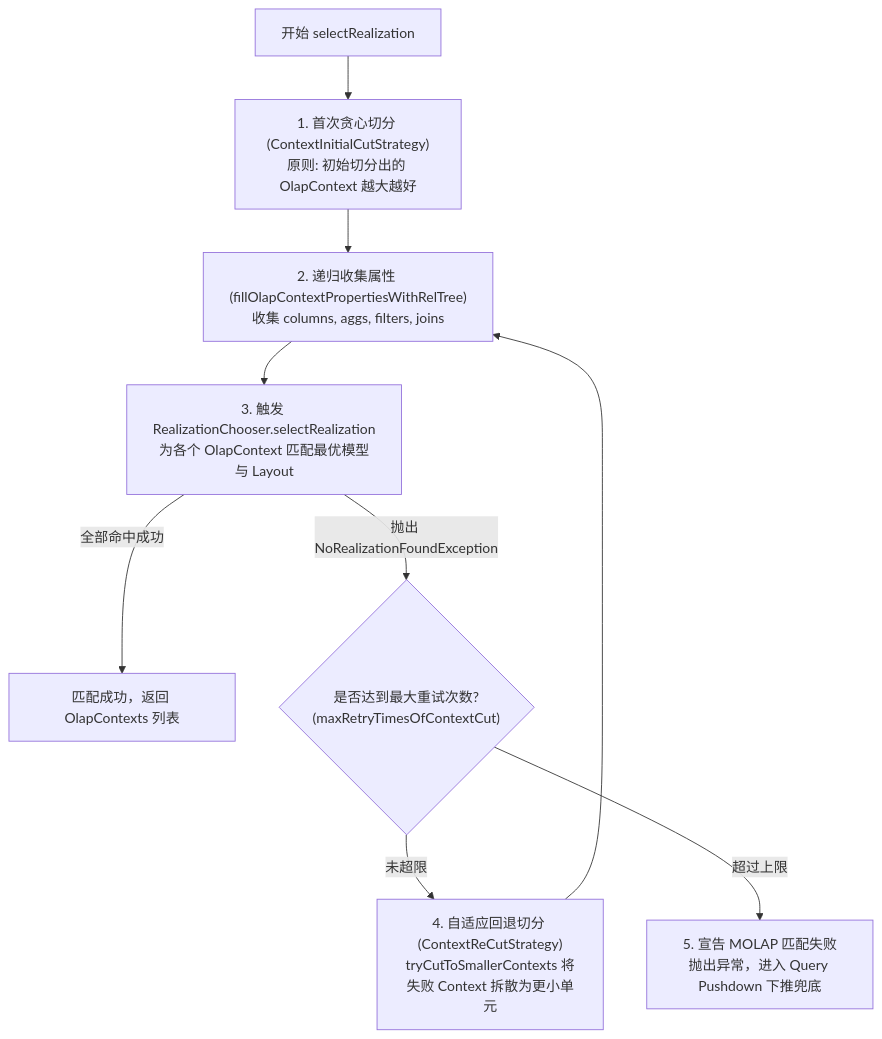
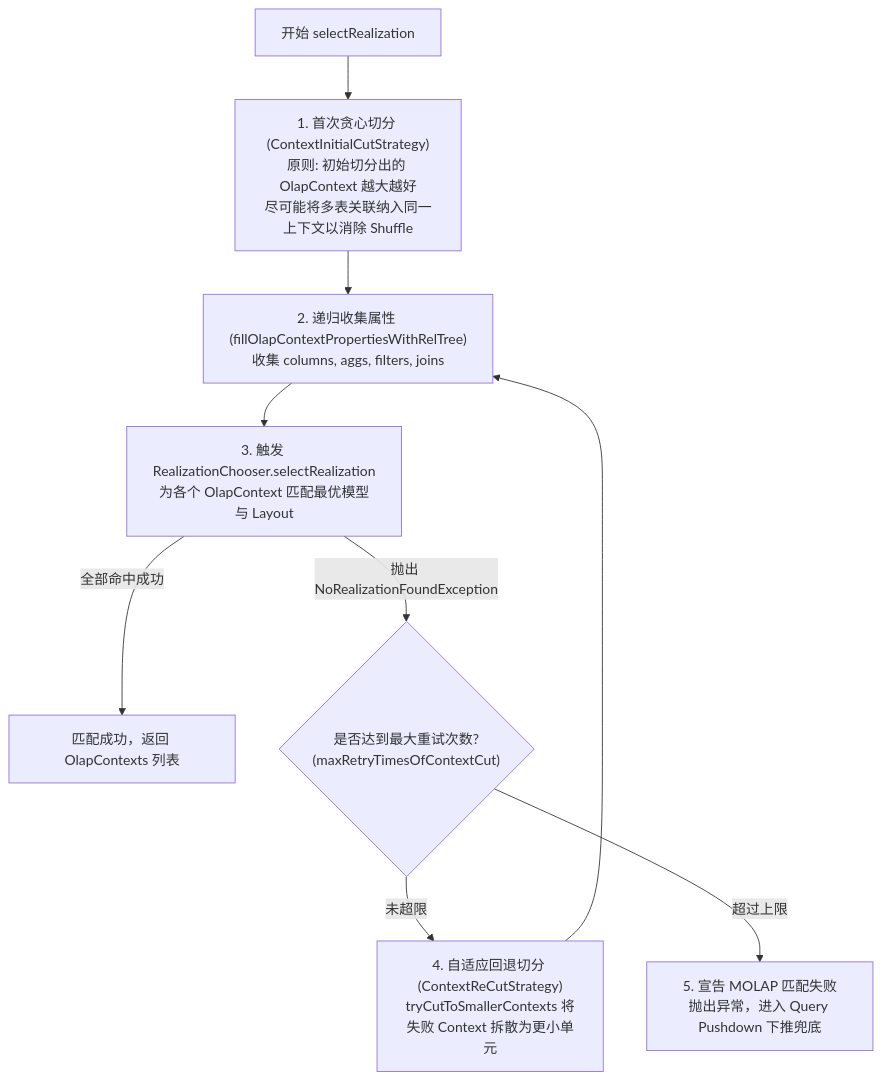
Before and after one commit to Mrhs121/mrhs121.github.io: the second of 4 diagrams in posts/2026-08-18-kylin-query-engine-03-olap-context-and-cbo.md, drawn with Mermaid. The commit also changed other lines of this file and 6 other files, not shown here.

````diff
--- a/posts/2026-08-18-kylin-query-engine-03-olap-context-and-cbo.md
+++ b/posts/2026-08-18-kylin-query-engine-03-olap-context-and-cbo.md
@@ -86,17 +87,17 @@
 ```mermaid
 flowchart TD
-    Start["开始 selectRealization"] --> InitialCut["1. 首次贪心切分 (ContextInitialCutStrategy)<br/>原则: 初始切分出的 OlapContext 越大越好"]
+    Start["开始 selectRealization"] --> InitialCut["1. 首次贪心切分 (ContextInitialCutStrategy)<br/>原则: 初始切分出的 OlapContext 越大越好<br/>尽可能将多表关联纳入同一上下文以消除 Shuffle"]
     
     InitialCut --> FillProp["2. 递归收集属性 (fillOlapContextPropertiesWithRelTree)<br/>收集 columns, aggs, filters, joins"]
     
     FillProp --> Choose["3. 触发 RealizationChooser.selectRealization<br/>为各个 OlapContext 匹配最优模型与 Layout"]
     
     Choose -- 全部命中成功 --> Success["匹配成功，返回 OlapContexts 列表"]
     
     Choose -- 抛出 NoRealizationFoundException --> RetryCheck{"是否达到最大重试次数?<br/>(maxRetryTimesOfContextCut)"}
     
     RetryCheck -- 未超限 --> ReCut["4. 自适应回退切分 (ContextReCutStrategy)<br/>tryCutToSmallerContexts 将失败 Context 拆散为更小单元"]
     ReCut --> FillProp
     
     RetryCheck -- 超过上限 --> Fallback["5. 宣告 MOLAP 匹配失败<br/>抛出异常，进入 Query Pushdown 下推兜底"]
 ```
````
